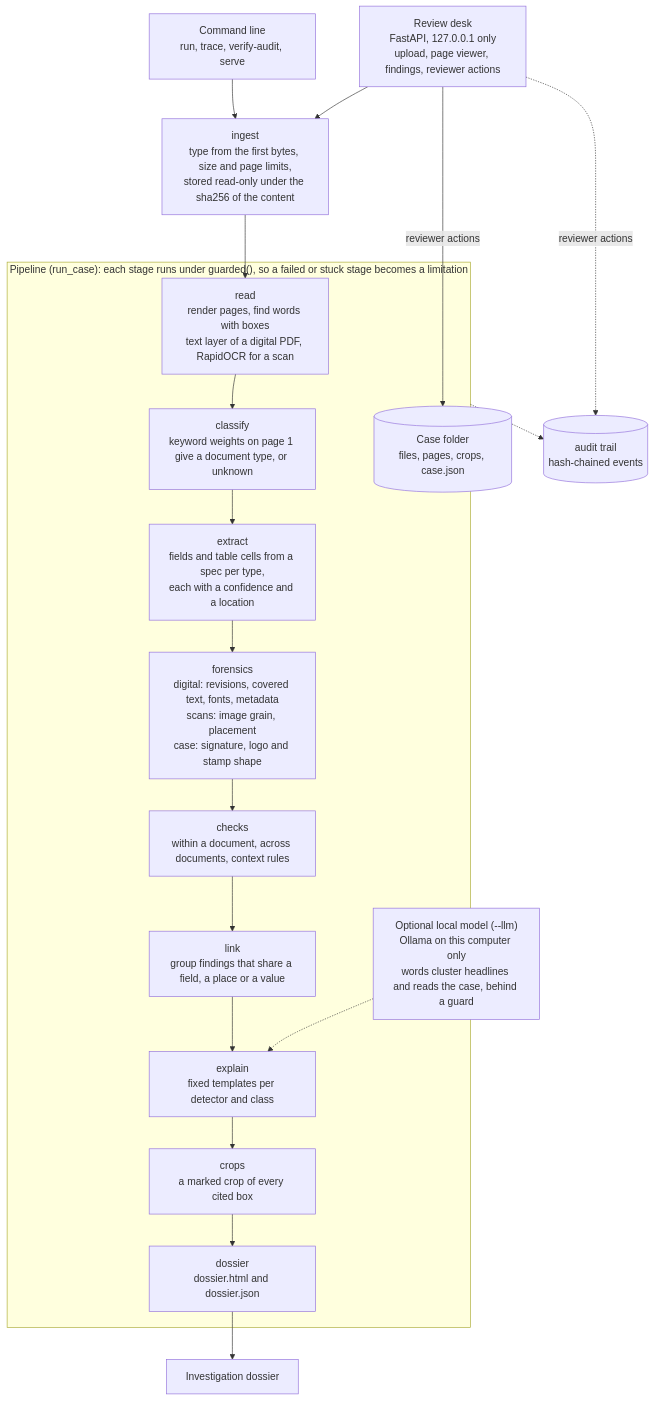
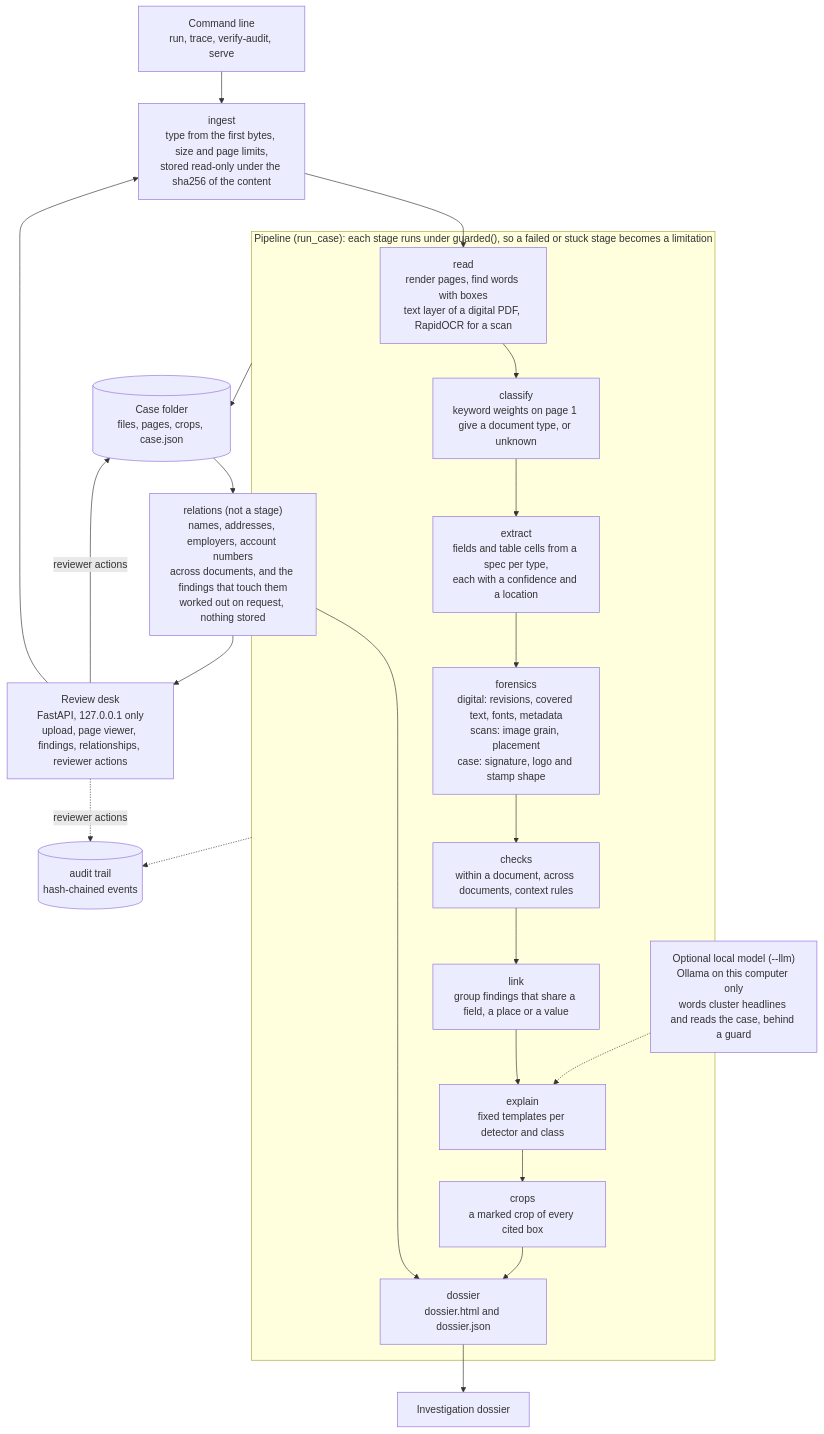
One commit to BU1lDR/docforensics changed the diagram in docs/architecture.md. Above: the diagram before and after it, drawn with Mermaid. The commit also changed other lines of this file and 13 other files, not shown here.

````diff
--- a/docs/architecture.md
+++ b/docs/architecture.md
@@ -5,32 +5,36 @@
 ```mermaid
 flowchart TD
     cli["Command line<br/>run, trace, verify-audit, serve"]
-    desk["Review desk<br/>FastAPI, 127.0.0.1 only<br/>upload, page viewer, findings, reviewer actions"]
+    desk["Review desk<br/>FastAPI, 127.0.0.1 only<br/>upload, page viewer, findings, relationships, reviewer actions"]
     ingest["ingest<br/>type from the first bytes, size and page limits,<br/>stored read-only under the sha256 of the content"]
     cli --> ingest
     desk --> ingest
     ingest --> read
 
     subgraph pipeline["Pipeline (run_case): each stage runs under guarded(), so a failed or stuck stage becomes a limitation"]
         read["read<br/>render pages, find words with boxes<br/>text layer of a digital PDF, RapidOCR for a scan"]
         classify["classify<br/>keyword weights on page 1 give a document type, or unknown"]
         extract["extract<br/>fields and table cells from a spec per type,<br/>each with a confidence and a location"]
         forensics["forensics<br/>digital: revisions, covered text, fonts, metadata<br/>scans: image grain, placement<br/>case: signature, logo and stamp shape"]
         checks["checks<br/>within a document, across documents, context rules"]
         link["link<br/>group findings that share a field, a place or a value"]
         explain["explain<br/>fixed templates per detector and class"]
         crops["crops<br/>a marked crop of every cited box"]
         dossier["dossier<br/>dossier.html and dossier.json"]
         read --> classify --> extract --> forensics --> checks --> link --> explain --> crops --> dossier
     end
 
     llm["Optional local model (--llm)<br/>Ollama on this computer only<br/>words cluster headlines and reads the case, behind a guard"]
     llm -.-> explain
     casefolder[("Case folder<br/>files, pages, crops, case.json")]
     audit[("audit trail<br/>hash-chained events")]
+    relations["relations (not a stage)<br/>names, addresses, employers, account numbers<br/>across documents, and the findings that touch them<br/>worked out on request, nothing stored"]
     pipeline --> casefolder
     pipeline -.-> audit
+    casefolder --> relations
+    relations --> desk
+    relations --> dossier
     desk -->|"reviewer actions"| casefolder
     desk -.->|"reviewer actions"| audit
     dossier --> report["Investigation dossier"]
 ```
````
